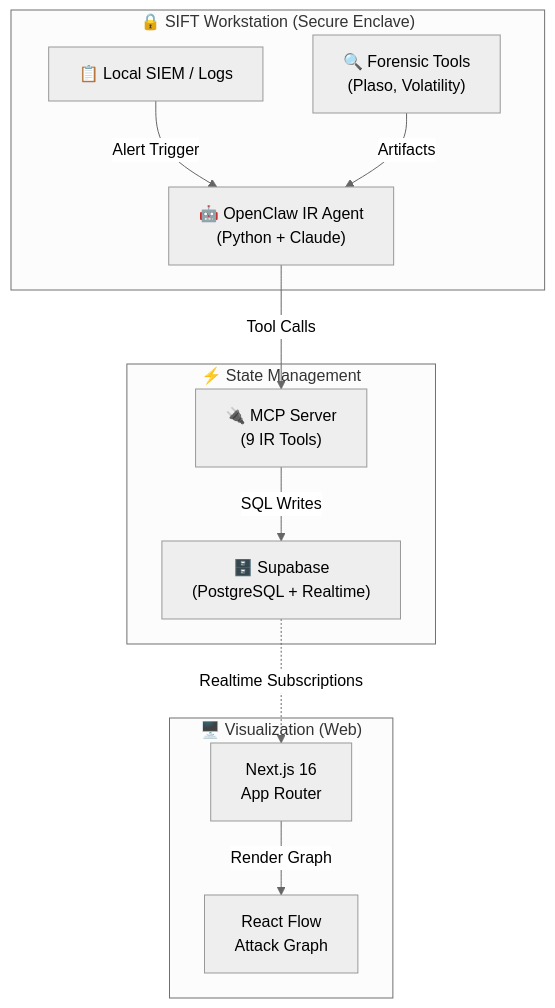
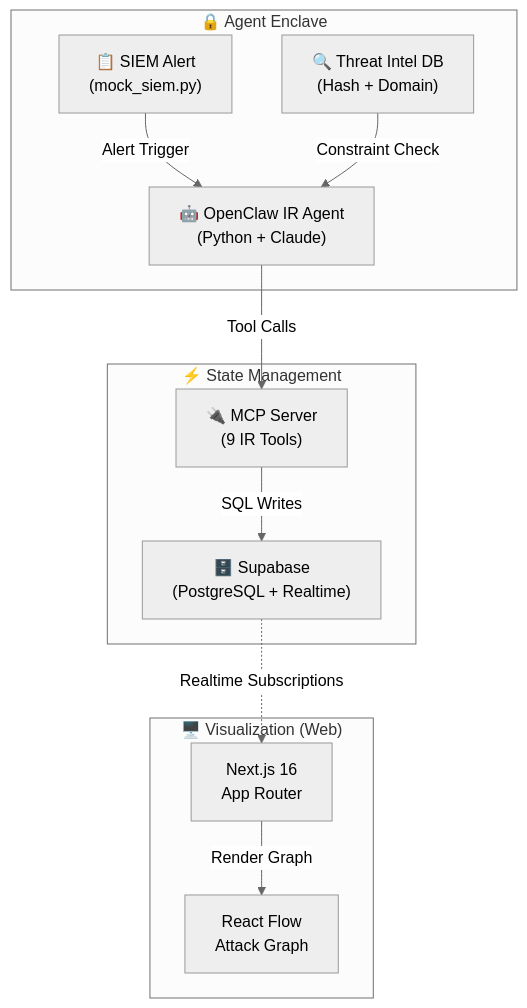
The diagram in README.md (edycutjong/siftglass), drawn with Mermaid (neutral theme) before and after one commit. The commit also changed other lines of this file and 5 other files, not shown here.

````diff
--- a/README.md
+++ b/README.md
@@ -69,25 +71,25 @@
 ```mermaid
 graph TD
-    subgraph SIFTBoundary ["🔒 SIFT Workstation (Secure Enclave)"]
-        SIEM["📋 Local SIEM / Logs"]
+    subgraph AgentBoundary ["🔒 Agent Enclave"]
+        SIEM["📋 SIEM Alert<br/>(mock_siem.py)"]
         Agent["🤖 OpenClaw IR Agent<br/>(Python + Claude)"]
-        Tools["🔍 Forensic Tools<br/>(Plaso, Volatility)"]
+        ThreatIntel["🔍 Threat Intel DB<br/>(Hash + Domain)"]
     end
 
     subgraph StateBoundary ["⚡ State Management"]
         MCP["🔌 MCP Server<br/>(9 IR Tools)"]
         Supabase["🗄️ Supabase<br/>(PostgreSQL + Realtime)"]
     end
 
     subgraph WebBoundary ["🖥️ Visualization (Web)"]
         NextJS["Next.js 16<br/>App Router"]
         ReactFlow["React Flow<br/>Attack Graph"]
     end
 
     SIEM -->|"Alert Trigger"| Agent
-    Tools -->|"Artifacts"| Agent
+    ThreatIntel -->|"Constraint Check"| Agent
     Agent -->|"Tool Calls"| MCP
     MCP -->|"SQL Writes"| Supabase
     Supabase -.->|"Realtime Subscriptions"| NextJS
     NextJS -->|"Render Graph"| ReactFlow
 ```
````
